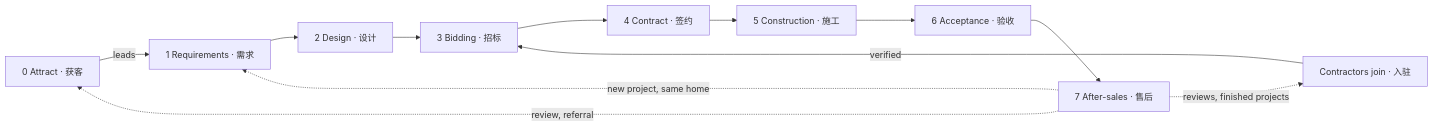
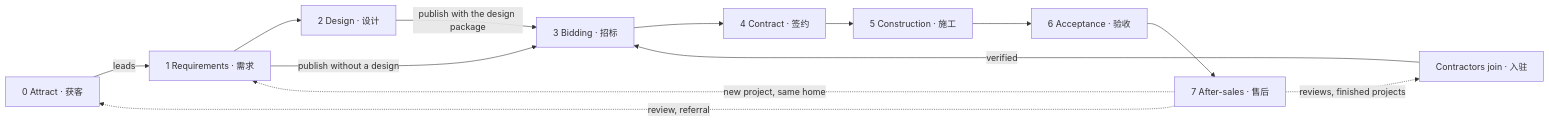
One commit to kakssjs/3dfangwu changed the first of 4 diagrams in WORKFLOW.md. Above: the diagram before and after it, drawn with Mermaid. The commit also changed other lines of this file and 44 other files, not shown here.

````diff
--- a/WORKFLOW.md
+++ b/WORKFLOW.md
@@ -142,14 +215,15 @@
 ```mermaid
 flowchart LR
     A["0 Attract · 获客"] -->|leads| R["1 Requirements · 需求"]
     R --> D["2 Design · 设计"]
-    D --> B["3 Bidding · 招标"]
+    R -->|publish without a design| B["3 Bidding · 招标"]
+    D -->|publish with the design package| B
     K["Contractors join · 入驻"] -->|verified| B
     B --> C["4 Contract · 签约"]
     C --> W["5 Construction · 施工"]
     W --> X["6 Acceptance · 验收"]
     X --> S["7 After-sales · 售后"]
     S -.->|review, referral| A
     S -.->|reviews, finished projects| K
     S -.->|new project, same home| R
 ```
````
